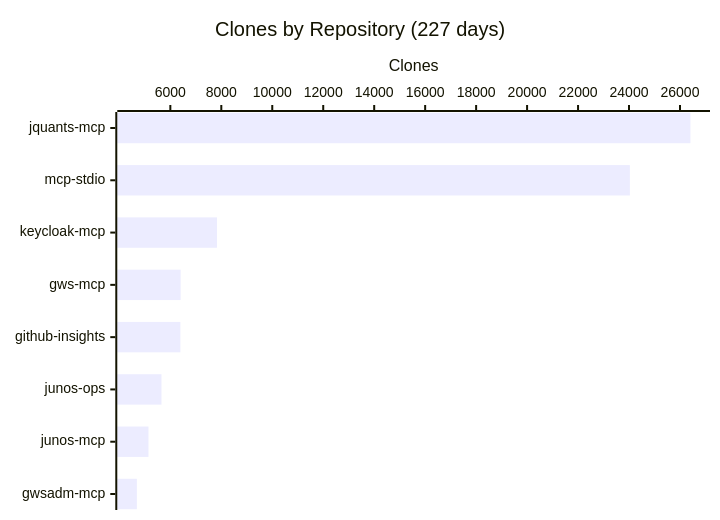
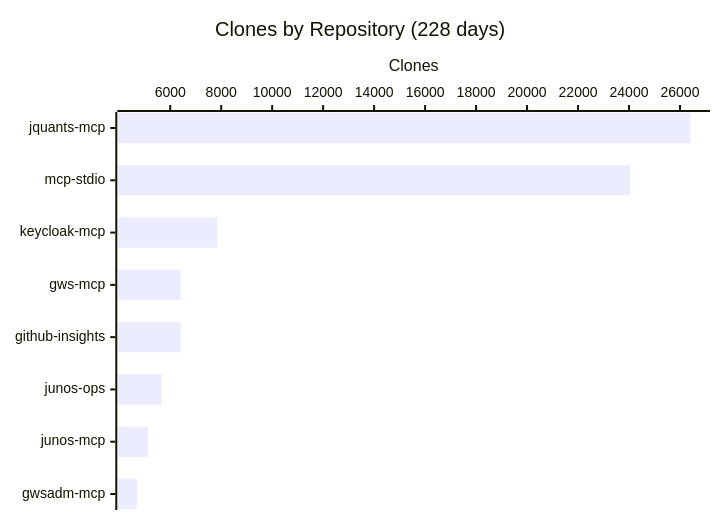
The fourth of 4 diagrams in README.md (shigechika/github-insights), drawn with Mermaid before and after one commit. The commit also changed other lines of this file and 1 other file, not shown here.

````diff
--- a/README.md
+++ b/README.md
@@ -58,7 +58,7 @@
 ```mermaid
 xychart-beta horizontal
-    title "Clones by Repository (227 days)"
+    title "Clones by Repository (228 days)"
     x-axis ["jquants-mcp", "mcp-stdio", "keycloak-mcp", "gws-mcp", "github-insights", "junos-ops", "junos-mcp", "gwsadm-mcp"]
     y-axis "Clones"
-    bar [26410, 24033, 7830, 6404, 6394, 5653, 5141, 4686]
+    bar [26410, 24035, 7836, 6412, 6405, 5654, 5141, 4691]
 ```
````
